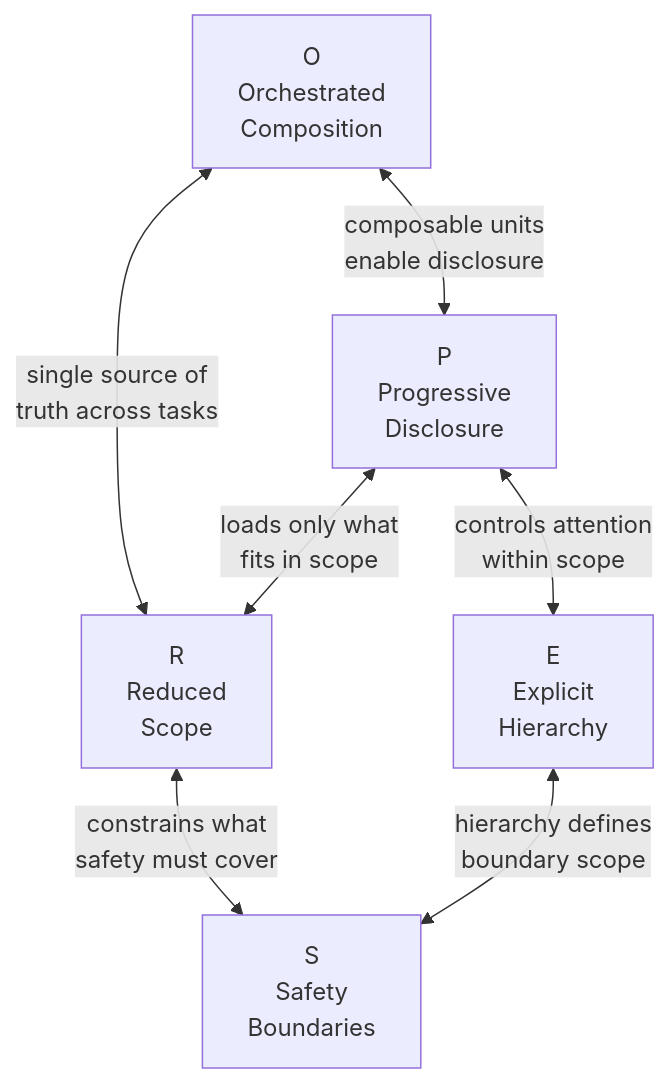
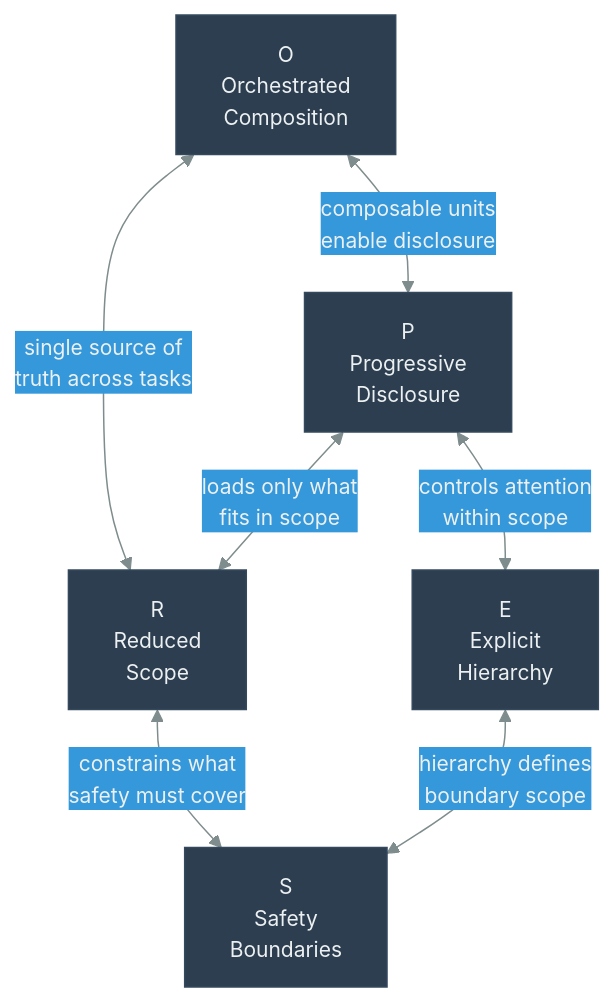
Before and after one commit to danielmeppiel/agentic-sdlc-handbook: the diagram in handbook/ch10-the-prose-specification.qmd, drawn with Mermaid. The commit also changed 20 other files, not shown here.

First line of the commit message:
feat: add accessibility metadata and consistent theme to all 35 diagrams

````diff
--- a/handbook/ch10-the-prose-specification.qmd
+++ b/handbook/ch10-the-prose-specification.qmd
@@ -383,10 +383,14 @@
 ```{mermaid}
 %%| fig-width: 4.5
+%%| label: fig-prose-constraints
+%%| fig-cap: "Relationships between the five PROSE constraints"
+%%| fig-alt: "Graph showing five interconnected nodes representing the PROSE constraints: P (Progressive Disclosure), R (Reduced Scope), O (Orchestrated Composition), S (Safety Boundaries), and E (Explicit Hierarchy). Bidirectional edges connect: P and E with 'controls attention within scope', R and S with 'constrains what safety must cover', O and R with 'single source of truth across tasks', P and R with 'loads only what fits in scope', E and S with 'hierarchy defines boundary scope', and O and P with 'composable units enable disclosure'. Each pair reinforces the other to cover distinct failure modes."
+%%{init: {'theme': 'base', 'themeVariables': {'primaryColor': '#2c3e50', 'primaryTextColor': '#ecf0f1', 'primaryBorderColor': '#34495e', 'lineColor': '#7f8c8d', 'secondaryColor': '#3498db', 'tertiaryColor': '#ecf0f1', 'fontSize': '14px'}}}%%
 graph TD
     P["P<br/>Progressive<br/>Disclosure"] <-- "controls attention<br/>within scope" --> E["E<br/>Explicit<br/>Hierarchy"]
     R["R<br/>Reduced<br/>Scope"] <-- "constrains what<br/>safety must cover" --> S["S<br/>Safety<br/>Boundaries"]
     O["O<br/>Orchestrated<br/>Composition"] <-- "single source of<br/>truth across tasks" --> R
     P <-- "loads only what<br/>fits in scope" --> R
     E <-- "hierarchy defines<br/>boundary scope" --> S
     O <-- "composable units<br/>enable disclosure" --> P
 ```
````
